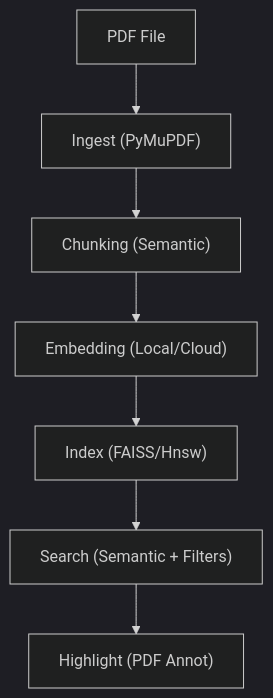
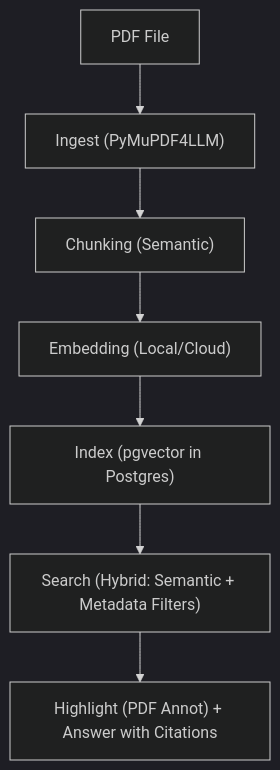
Before and after one commit to Apoorv012/QueryNest-New: the diagram in README.md, drawn with Mermaid (dark theme). The commit also changed other lines of this file and 2 other files, not shown here.

````diff
--- a/README.md
+++ b/README.md
@@ -51,9 +52,9 @@
 ```mermaid
 graph TD
-    A["PDF File"] --> B["Ingest (PyMuPDF)"]
+    A["PDF File"] --> B["Ingest (PyMuPDF4LLM)"]
     B --> C["Chunking (Semantic)"]
     C --> D["Embedding (Local/Cloud)"]
-    D --> E["Index (FAISS/Hnsw)"]
-    E --> F["Search (Semantic + Filters)"]
-    F --> G["Highlight (PDF Annot)"]
+    D --> E["Index (pgvector in Postgres)"]
+    E --> F["Search (Hybrid: Semantic + Metadata Filters)"]
+    F --> G["Highlight (PDF Annot) + Answer with Citations"]
 ```
````
